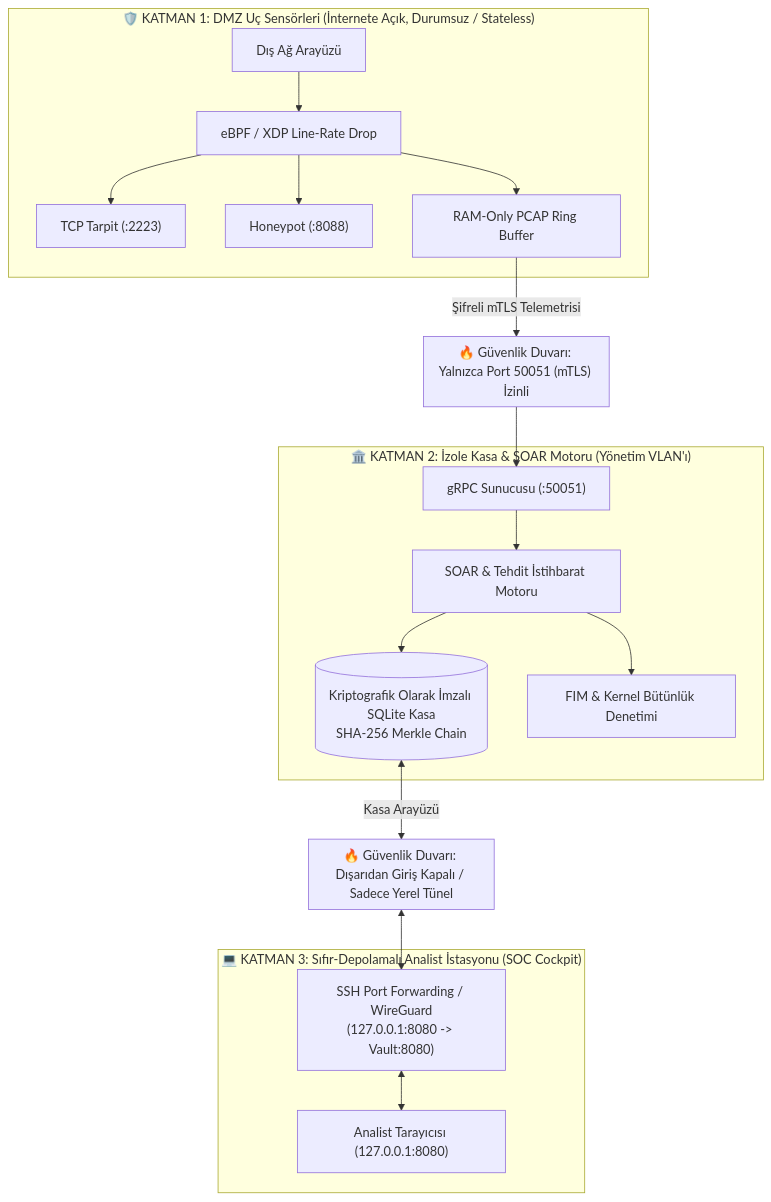
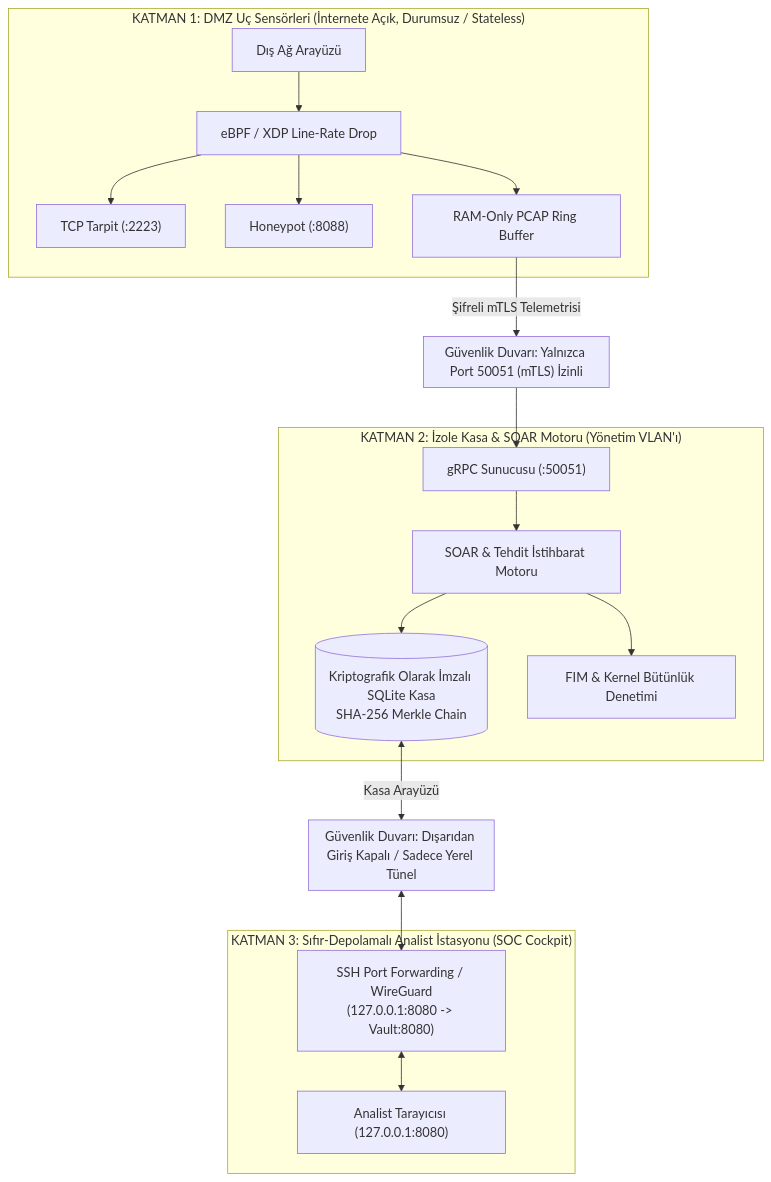
Before and after one commit to CoPdasten/copsec: the third of 4 diagrams in docs/DEPLOYMENT_TOPOLOGIES.md, drawn with Mermaid. The commit also changed other lines of this file and 95 other files, not shown here.

````diff
--- a/docs/DEPLOYMENT_TOPOLOGIES.md
+++ b/docs/DEPLOYMENT_TOPOLOGIES.md
@@ -187,44 +187,44 @@
 ```mermaid
 flowchart TD
-    subgraph Tier1 ["🛡️ KATMAN 1: DMZ Uç Sensörleri (İnternete Açık, Durumsuz / Stateless)"]
+    subgraph Tier1 [" KATMAN 1: DMZ Uç Sensörleri (İnternete Açık, Durumsuz / Stateless)"]
         DMZ_NIC["Dış Ağ Arayüzü"]
         DMZ_XDP["eBPF / XDP Line-Rate Drop"]
         DMZ_TARPIT["TCP Tarpit (:2223)"]
         DMZ_HONEY["Honeypot (:8088)"]
         DMZ_BUFF["RAM-Only PCAP Ring Buffer"]
     end
 
-    subgraph Firewall1 ["🔥 Güvenlik Duvarı: Yalnızca Port 50051 (mTLS) İzinli"]
+    subgraph Firewall1 [" Güvenlik Duvarı: Yalnızca Port 50051 (mTLS) İzinli"]
     end
 
-    subgraph Tier2 ["🏛️ KATMAN 2: İzole Kasa & SOAR Motoru (Yönetim VLAN'ı)"]
+    subgraph Tier2 [" KATMAN 2: İzole Kasa & SOAR Motoru (Yönetim VLAN'ı)"]
         VAULT_GRPC["gRPC Sunucusu (:50051)"]
         SOAR_CORE["SOAR & Tehdit İstihbarat Motoru"]
         VAULT_DB[("Kriptografik Olarak İmzalı SQLite Kasa\nSHA-256 Merkle Chain")]
         FIM["FIM & Kernel Bütünlük Denetimi"]
     end
 
-    subgraph Firewall2 ["🔥 Güvenlik Duvarı: Dışarıdan Giriş Kapalı / Sadece Yerel Tünel"]
+    subgraph Firewall2 [" Güvenlik Duvarı: Dışarıdan Giriş Kapalı / Sadece Yerel Tünel"]
     end
 
-    subgraph Tier3 ["💻 KATMAN 3: Sıfır-Depolamalı Analist İstasyonu (SOC Cockpit)"]
+    subgraph Tier3 [" KATMAN 3: Sıfır-Depolamalı Analist İstasyonu (SOC Cockpit)"]
         ANALYST["Analist Tarayıcısı (127.0.0.1:8080)"]
         SSH_TUNNEL["SSH Port Forwarding / WireGuard\n(127.0.0.1:8080 -> Vault:8080)"]
     end
 
     DMZ_NIC --> DMZ_XDP
     DMZ_XDP --> DMZ_TARPIT
     DMZ_XDP --> DMZ_HONEY
     DMZ_XDP --> DMZ_BUFF
 
     DMZ_BUFF -->|Şifreli mTLS Telemetrisi| Firewall1
     Firewall1 --> VAULT_GRPC
 
     VAULT_GRPC --> SOAR_CORE
     SOAR_CORE --> VAULT_DB
     SOAR_CORE --> FIM
 
     VAULT_DB <-->|Kasa Arayüzü| Firewall2
     Firewall2 <--> SSH_TUNNEL
     SSH_TUNNEL <--> ANALYST
 ```
````
